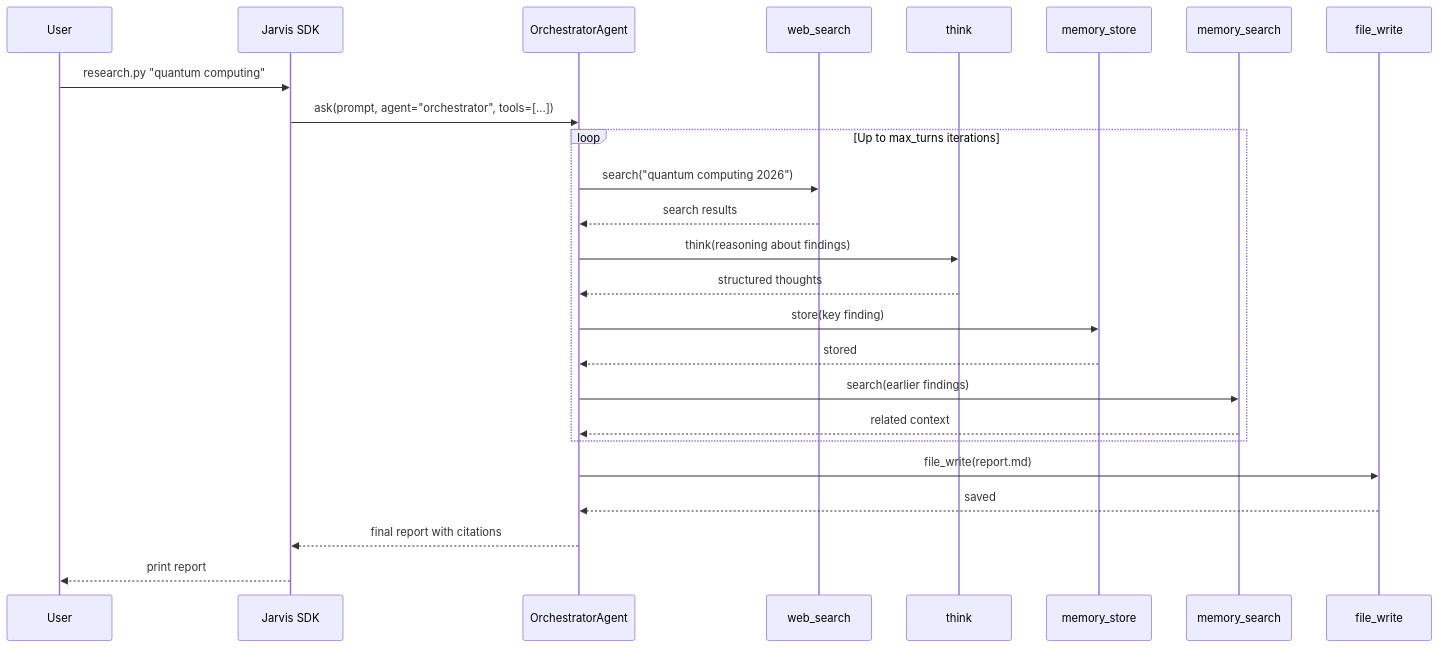
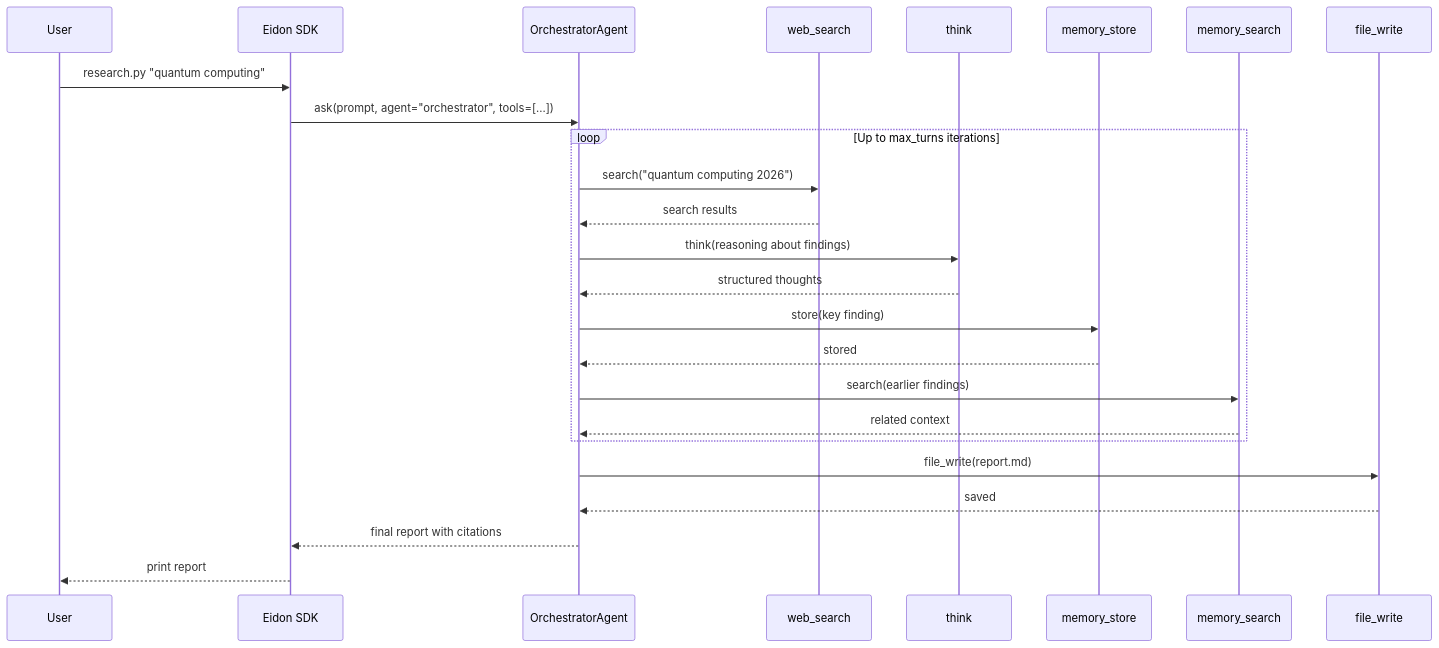
The diagram in docs/tutorials/deep-research.md (Yelt-sk/OpenEidon), drawn with Mermaid before and after one commit. The commit also changed other lines of this file and 2325 other files, not shown here.

````diff
--- a/docs/tutorials/deep-research.md
+++ b/docs/tutorials/deep-research.md
@@ -42,28 +42,28 @@
 ```mermaid
 sequenceDiagram
     participant U as User
-    participant J as Jarvis SDK
+    participant J as Eidon SDK
     participant O as OrchestratorAgent
     participant W as web_search
     participant T as think
     participant MS as memory_store
     participant MQ as memory_search
     participant F as file_write
 
     U->>J: research.py "quantum computing"
     J->>O: ask(prompt, agent="orchestrator", tools=[...])
     loop Up to max_turns iterations
         O->>W: search("quantum computing 2026")
         W-->>O: search results
         O->>T: think(reasoning about findings)
         T-->>O: structured thoughts
         O->>MS: store(key finding)
         MS-->>O: stored
         O->>MQ: search(earlier findings)
         MQ-->>O: related context
     end
     O->>F: file_write(report.md)
     F-->>O: saved
     O-->>J: final report with citations
     J-->>U: print report
 ```
````
